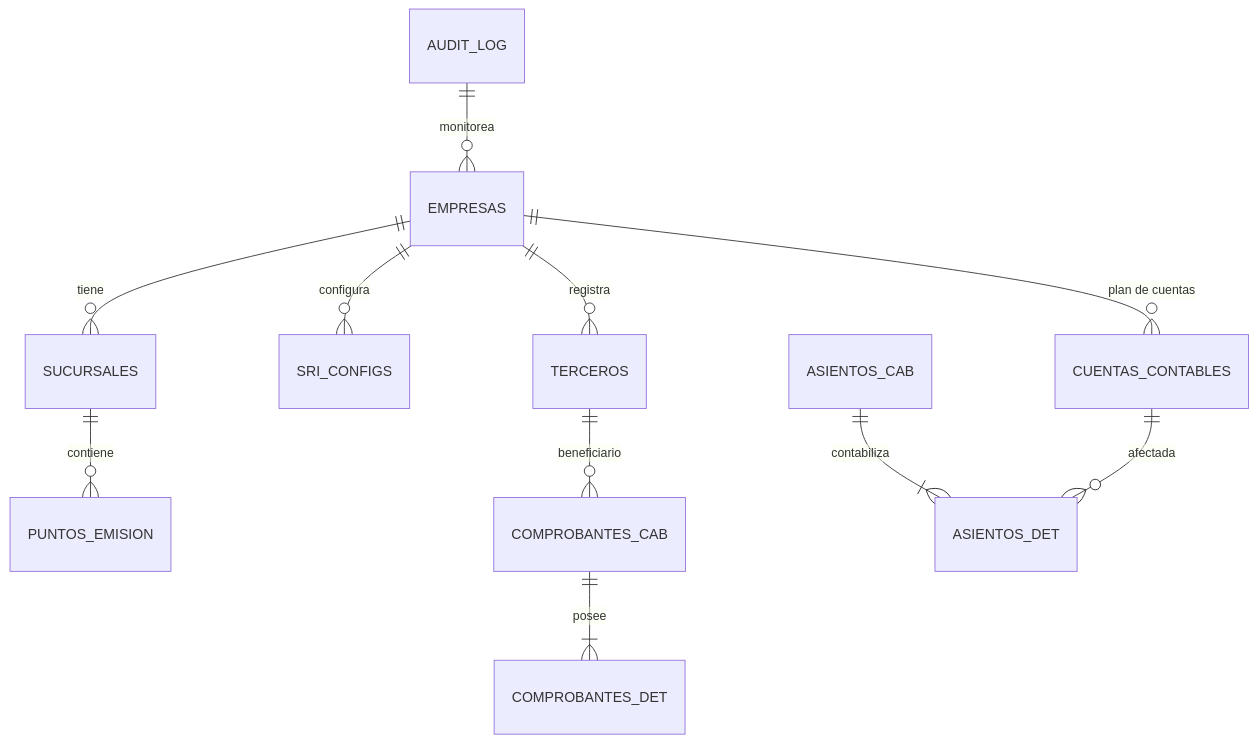
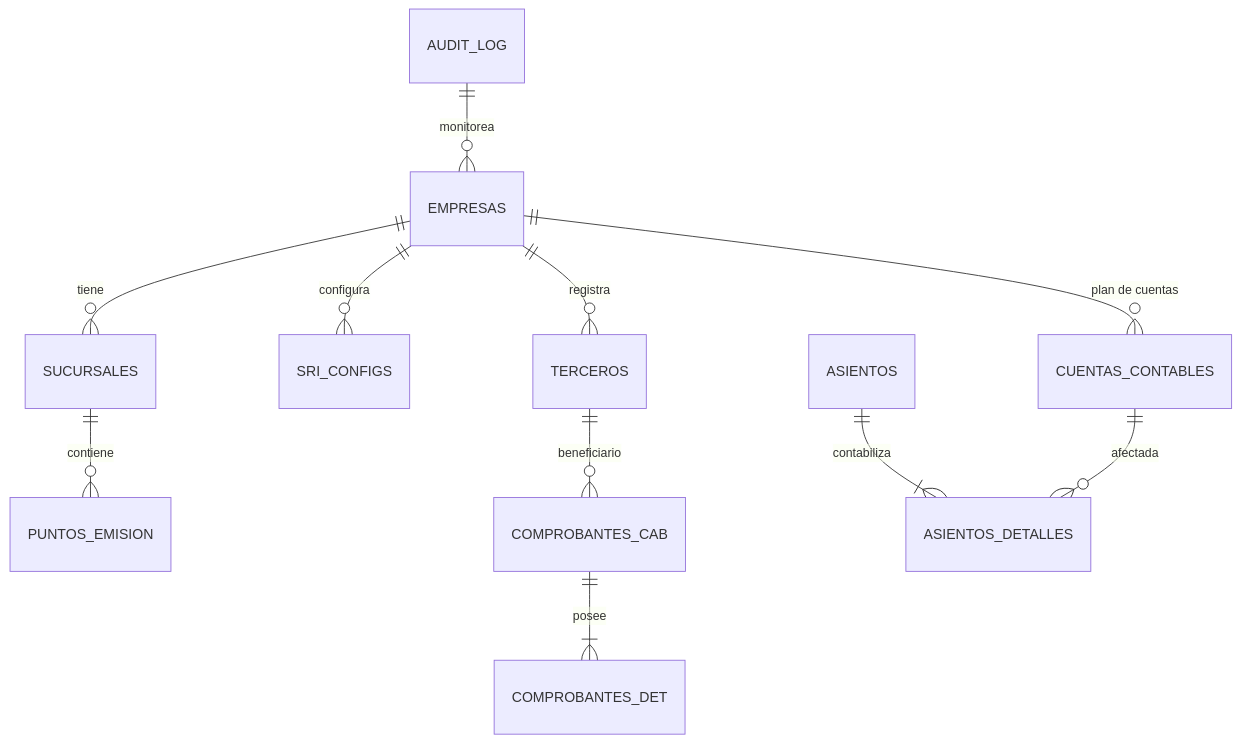
Before and after one commit to ingcharles/sistema-contable-ec: the diagram in database/README_DATABASE.md, drawn with Mermaid. The commit also changed other lines of this file and 40 other files, not shown here.

````diff
--- a/database/README_DATABASE.md
+++ b/database/README_DATABASE.md
@@ -20,17 +20,17 @@
 ```mermaid
 erDiagram
     EMPRESAS ||--o{ SUCURSALES : "tiene"
     EMPRESAS ||--o{ SRI_CONFIGS : "configura"
     EMPRESAS ||--o{ TERCEROS : "registra"
     EMPRESAS ||--o{ CUENTAS_CONTABLES : "plan de cuentas"
     
     SUCURSALES ||--o{ PUNTOS_EMISION : "contiene"
     
     COMPROBANTES_CAB ||--|{ COMPROBANTES_DET : "posee"
     TERCEROS ||--o{ COMPROBANTES_CAB : "beneficiario"
     
-    ASIENTOS_CAB ||--|{ ASIENTOS_DET : "contabiliza"
-    CUENTAS_CONTABLES ||--o{ ASIENTOS_DET : "afectada"
+    ASIENTOS ||--|{ ASIENTOS_DETALLES : "contabiliza"
+    CUENTAS_CONTABLES ||--o{ ASIENTOS_DETALLES : "afectada"
     
     AUDIT_LOG ||--o{ EMPRESAS : "monitorea"
 ```
````
